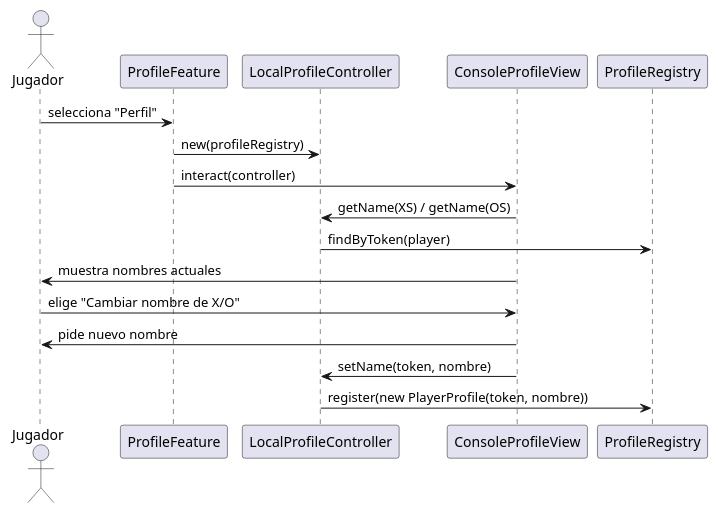
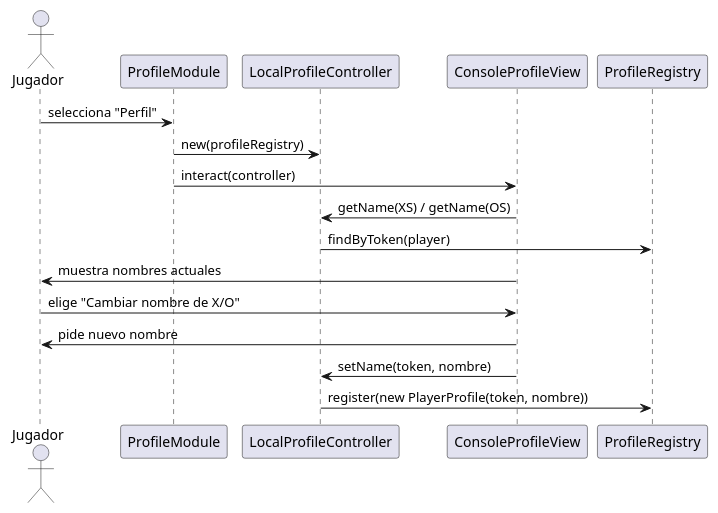
The diagram in docs/4+1views/escenarios/secuencia-perfil.puml (pcarroza/tictactoe-java), drawn with PlantUML before and after one commit. The commit also changed 396 other files, not shown here.

```diff
--- a/docs/4+1views/escenarios/secuencia-perfil.puml
+++ b/docs/4+1views/escenarios/secuencia-perfil.puml
@@ -1,18 +1,18 @@
 @startuml secuencia-perfil
 actor Jugador
-participant ProfileFeature
+participant ProfileModule
 participant LocalProfileController
 participant ConsoleProfileView
 participant ProfileRegistry
 
-Jugador -> ProfileFeature : selecciona "Perfil"
-ProfileFeature -> LocalProfileController : new(profileRegistry)
-ProfileFeature -> ConsoleProfileView : interact(controller)
+Jugador -> ProfileModule : selecciona "Perfil"
+ProfileModule -> LocalProfileController : new(profileRegistry)
+ProfileModule -> ConsoleProfileView : interact(controller)
 ConsoleProfileView -> LocalProfileController : getName(XS) / getName(OS)
 LocalProfileController -> ProfileRegistry : findByToken(player)
 ConsoleProfileView -> Jugador : muestra nombres actuales
 Jugador -> ConsoleProfileView : elige "Cambiar nombre de X/O"
 ConsoleProfileView -> Jugador : pide nuevo nombre
 ConsoleProfileView -> LocalProfileController : setName(token, nombre)
 LocalProfileController -> ProfileRegistry : register(new PlayerProfile(token, nombre))
 @enduml
```
